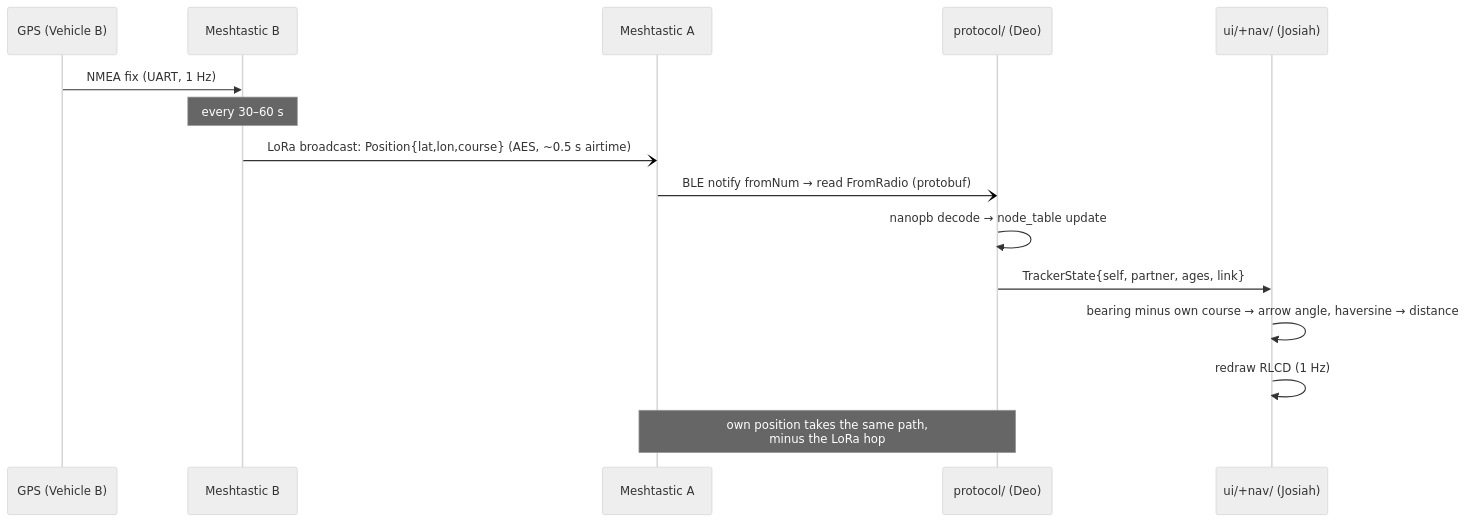
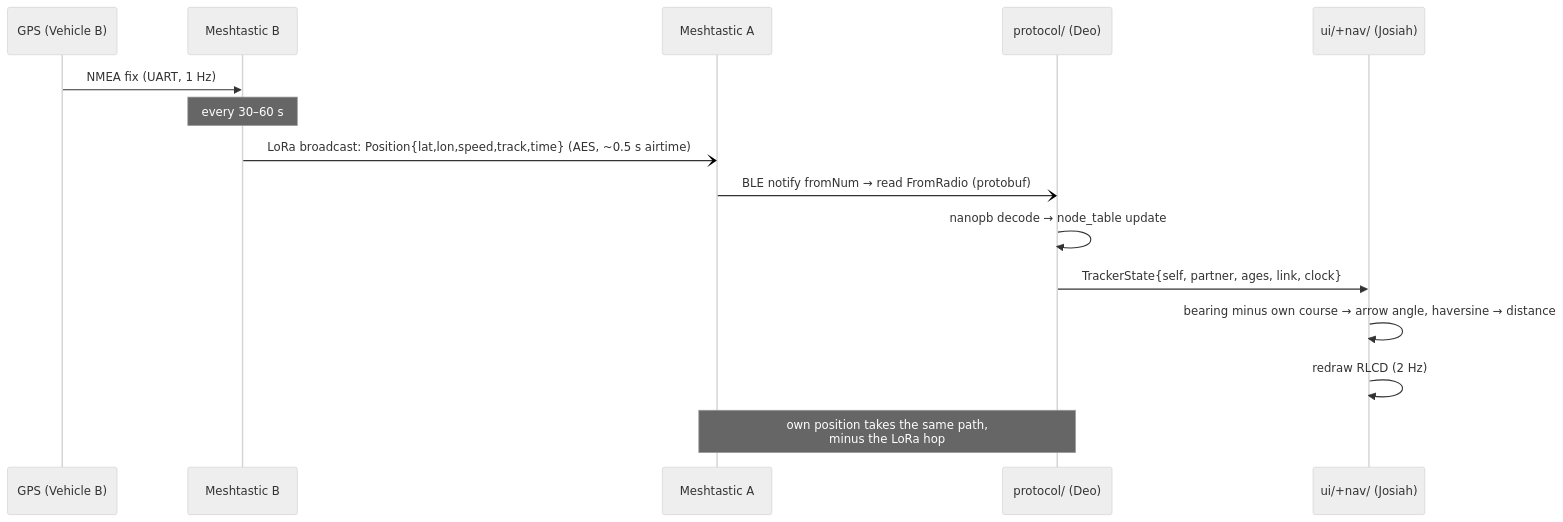
The sixth of 7 diagrams in docs/ARCHITECTURE.md (deosgracius/offgrid-vehicle-tracker), drawn with Mermaid (neutral theme) before and after one commit. The commit also changed other lines of this file, not shown here.

First line of the commit message:
Sync ARCHITECTURE.md diagrams with shipped firmware

````diff
--- a/docs/ARCHITECTURE.md
+++ b/docs/ARCHITECTURE.md
@@ -109,17 +110,17 @@
 ```mermaid
 sequenceDiagram
     participant GB as GPS (Vehicle B)
     participant MB as Meshtastic B
     participant MA as Meshtastic A
     participant P as protocol/ (Deo)
     participant U as ui/+nav/ (Josiah)
     GB->>MB: NMEA fix (UART, 1 Hz)
     Note over MB: every 30–60 s
-    MB-)MA: LoRa broadcast: Position{lat,lon,course} (AES, ~0.5 s airtime)
+    MB-)MA: LoRa broadcast: Position{lat,lon,speed,track,time} (AES, ~0.5 s airtime)
     MA-)P: BLE notify fromNum → read FromRadio (protobuf)
     P->>P: nanopb decode → node_table update
-    P->>U: TrackerState{self, partner, ages, link}
+    P->>U: TrackerState{self, partner, ages, link, clock}
     U->>U: bearing minus own course → arrow angle, haversine → distance
-    U->>U: redraw RLCD (1 Hz)
+    U->>U: redraw RLCD (2 Hz)
     Note over MA,P: own position takes the same path,<br/>minus the LoRa hop
 ```
````
